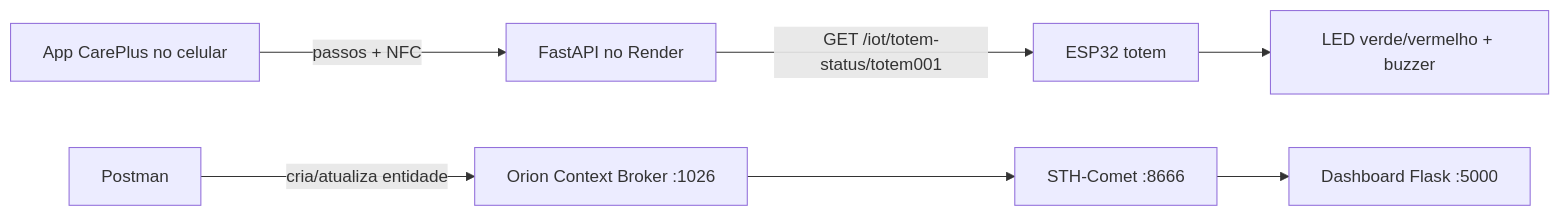
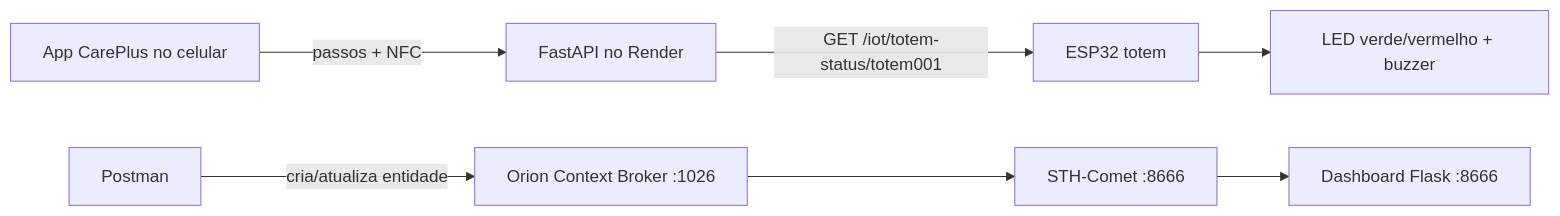
The diagram in docs/sprint03-render-fiware.md (UMKTO-CarePlus/sprint03-edgecomputing), drawn with Mermaid before and after one commit. The commit also changed other lines of this file and 7 other files, not shown here.

````diff
--- a/docs/sprint03-render-fiware.md
+++ b/docs/sprint03-render-fiware.md
@@ -7,9 +7,9 @@
 ```mermaid
 flowchart LR
     A["App CarePlus no celular"] -->|"passos + NFC"| R["FastAPI no Render"]
     R -->|"GET /iot/totem-status/totem001"| E["ESP32 totem"]
     E --> L["LED verde/vermelho + buzzer"]
     P["Postman"] -->|"cria/atualiza entidade"| O["Orion Context Broker :1026"]
     O --> S["STH-Comet :8666"]
-    S --> D["Dashboard Flask :5000"]
+    S --> D["Dashboard Flask :8666"]
 ```
````
